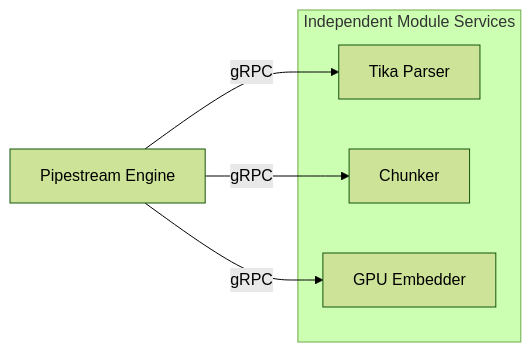
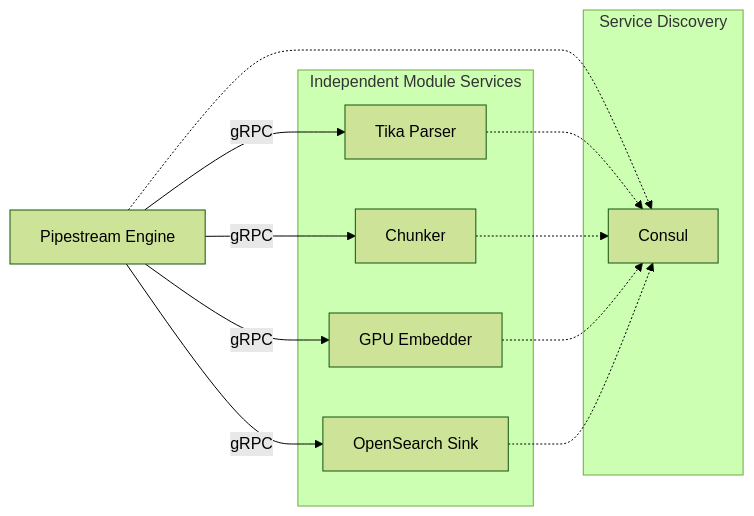
The second of 2 diagrams in docs/architecture/07-module-integration.md (ai-pipestream/pipestream-engine), drawn with Mermaid (forest theme) before and after one commit. The commit also changed other lines of this file, not shown here.

````diff
--- a/docs/architecture/07-module-integration.md
+++ b/docs/architecture/07-module-integration.md
@@ -69,12 +168,24 @@
 ```mermaid
 graph LR
     subgraph Modules [Independent Module Services]
         Tika[Tika Parser]
         Chunk[Chunker]
         Embed[GPU Embedder]
+        Index[OpenSearch Sink]
     end
     
     Engine[Pipestream Engine] -- gRPC --> Tika
     Engine -- gRPC --> Chunk
     Engine -- gRPC --> Embed
+    Engine -- gRPC --> Index
+    
+    subgraph Discovery [Service Discovery]
+        Consul[Consul]
+    end
+    
+    Engine -.-> Consul
+    Tika -.-> Consul
+    Chunk -.-> Consul
+    Embed -.-> Consul
+    Index -.-> Consul
 ```
````
